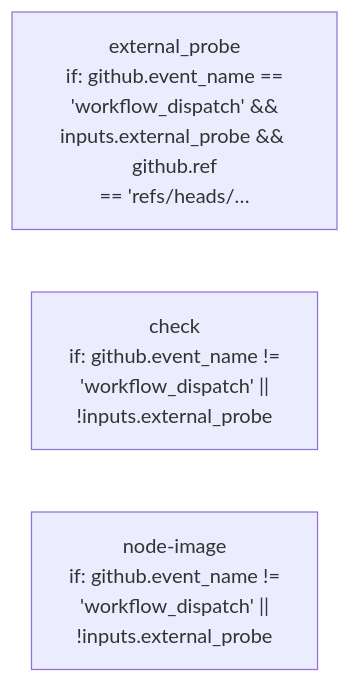
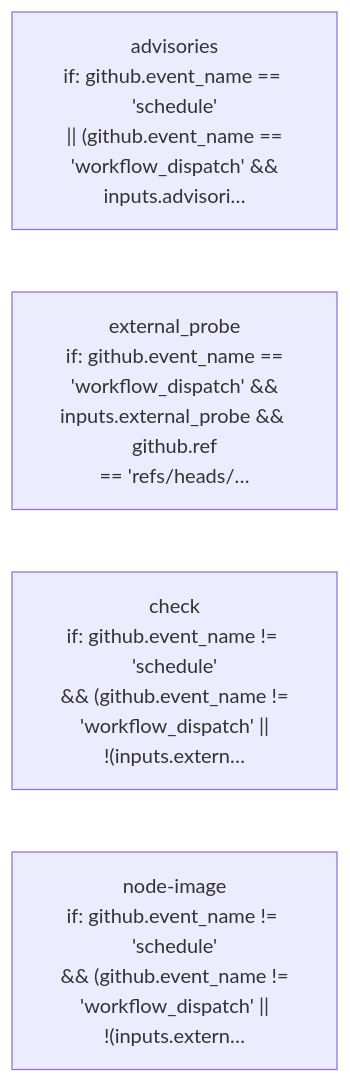
One commit to amerged-org/cloudflare-postgres changed the diagram in docs/architecture/mermaider/ci-pipeline.mmd. Above: the diagram before and after it, drawn with Mermaid. The commit also changed 10 other files, not shown here.

```diff
--- a/docs/architecture/mermaider/ci-pipeline.mmd
+++ b/docs/architecture/mermaider/ci-pipeline.mmd
@@ -1,4 +1,5 @@
 flowchart LR
+    n_a6e574012643["advisories<br/>if: github.event_name == 'schedule'<br/>|| (github.event_name ==<br/>'workflow_dispatch' #38;#38;<br/>inputs.advisori…"]
     n_d92200072b60["external_probe<br/>if: github.event_name ==<br/>'workflow_dispatch' #38;#38;<br/>inputs.external_probe #38;#38; github.ref<br/>== 'refs/heads/…"]
-    n_58381b3e9536["check<br/>if: github.event_name !=<br/>'workflow_dispatch' ||<br/>!inputs.external_probe"]
-    n_20a964d54b2b["node-image<br/>if: github.event_name !=<br/>'workflow_dispatch' ||<br/>!inputs.external_probe"]
+    n_58381b3e9536["check<br/>if: github.event_name != 'schedule'<br/>#38;#38; (github.event_name !=<br/>'workflow_dispatch' ||<br/>!(inputs.extern…"]
+    n_20a964d54b2b["node-image<br/>if: github.event_name != 'schedule'<br/>#38;#38; (github.event_name !=<br/>'workflow_dispatch' ||<br/>!(inputs.extern…"]
```
